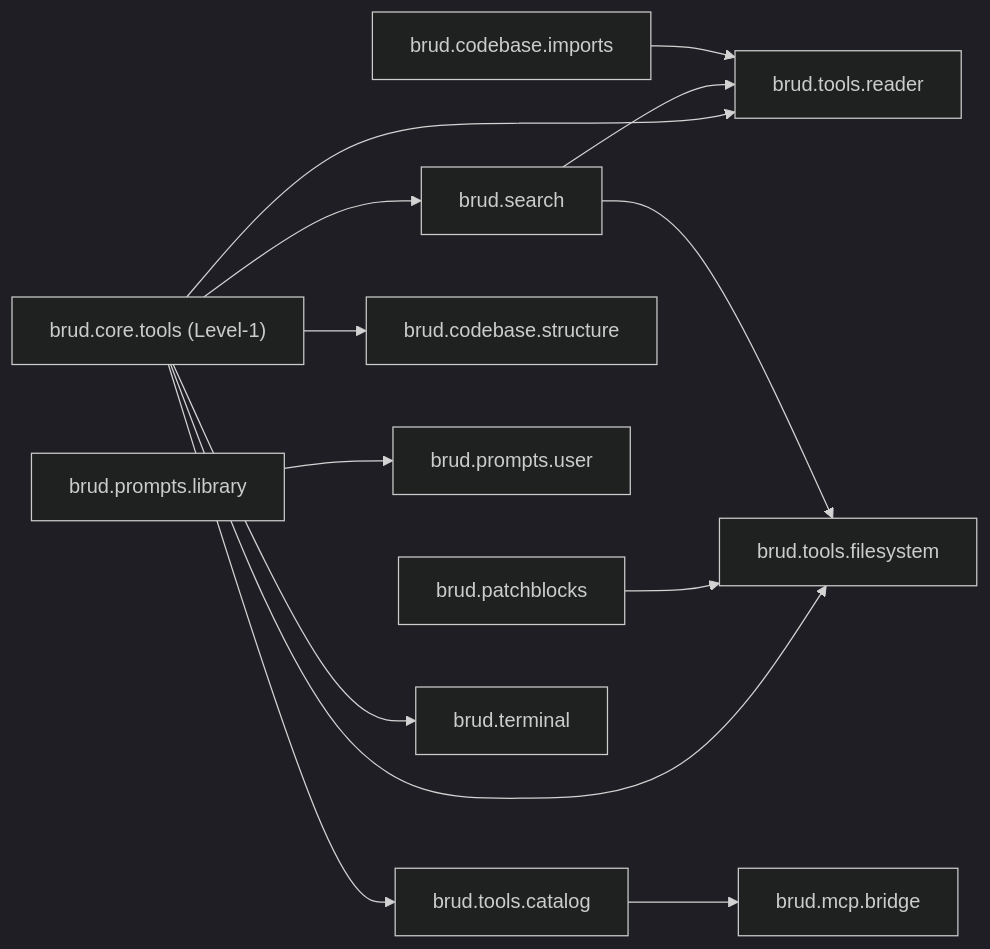
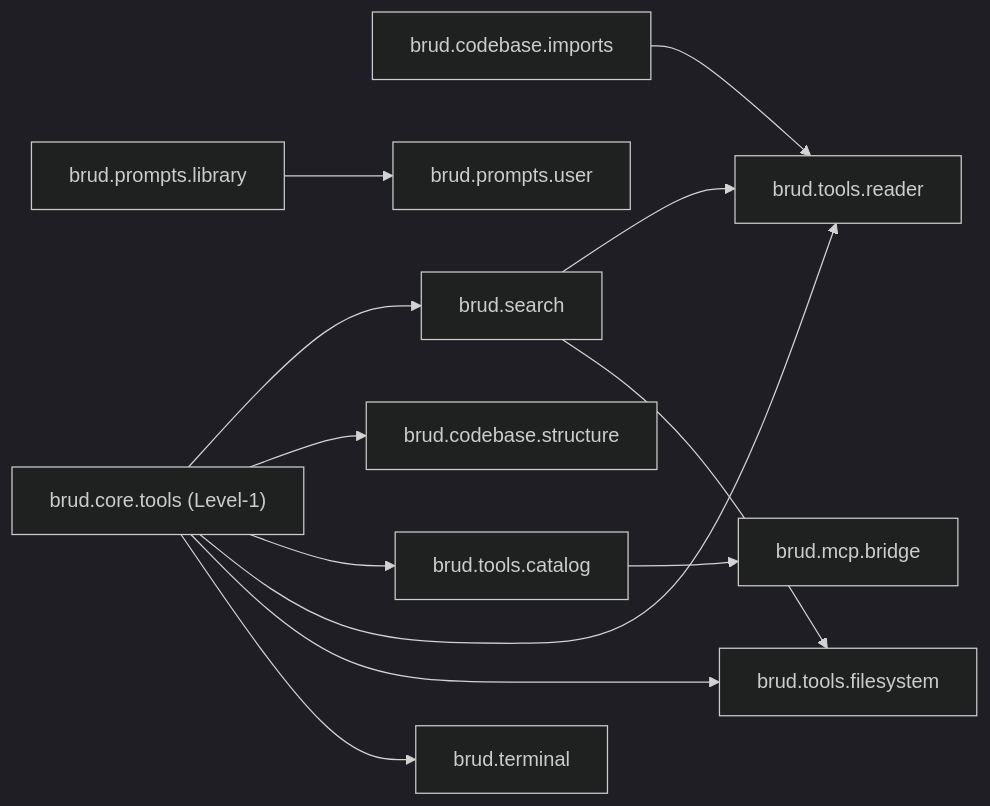
The fourth of 5 diagrams in docs/architecture/ROLLOUT_PLAN_CORE_TO_MICROKERNEL.md (rahatarch/brud), drawn with Mermaid (dark theme) before and after one commit. The commit also changed other lines of this file and 79 other files, not shown here.

````diff
--- a/docs/architecture/ROLLOUT_PLAN_CORE_TO_MICROKERNEL.md
+++ b/docs/architecture/ROLLOUT_PLAN_CORE_TO_MICROKERNEL.md
@@ -1114,28 +1119,26 @@
 ```mermaid
 flowchart LR
-    PB["brud.patchblocks"]
     IMP["brud.codebase.imports"]
     SRCH["brud.search"]
     STRUCT["brud.codebase.structure"]
     PLIB["brud.prompts.library"]
     PUSER["brud.prompts.user"]
     CAT["brud.tools.catalog"]
     READ["brud.tools.reader"]
     FS["brud.tools.filesystem"]
     TERM["brud.terminal"]
     MCP["brud.mcp.bridge"]
     BTOOLS["brud.core.tools (Level-1)"]
 
     BTOOLS --> SRCH
     BTOOLS --> STRUCT
     BTOOLS --> CAT
     BTOOLS --> READ
     BTOOLS --> FS
     BTOOLS --> TERM
     PLIB --> PUSER
     SRCH --> READ
     IMP --> READ
-    PB --> FS
     SRCH --> FS
     CAT --> MCP
 ```
````
